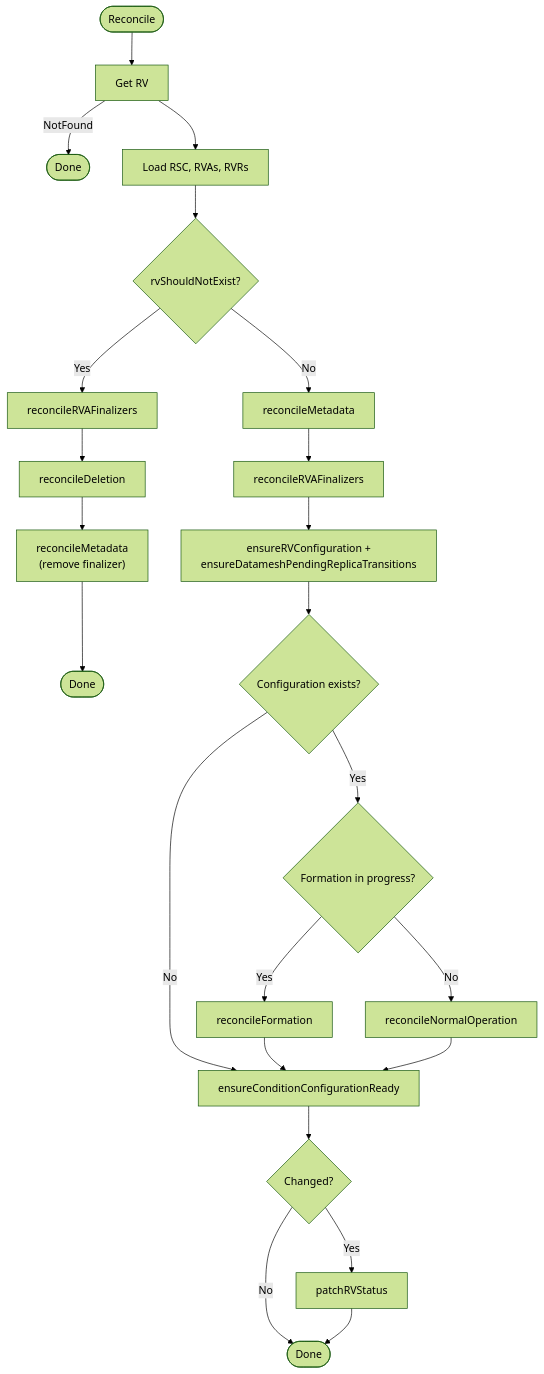
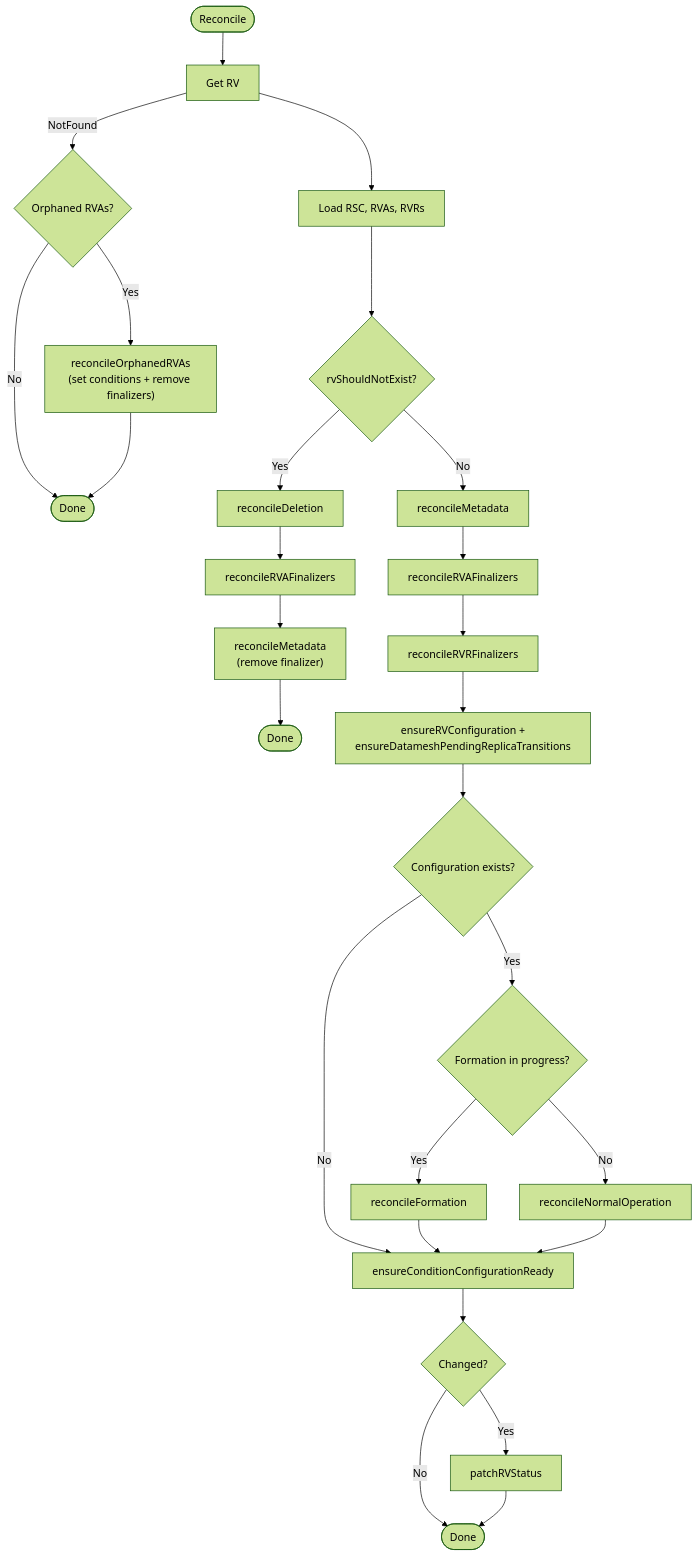
One commit to deckhouse/sds-replicated-volume changed the first of 8 diagrams in images/controller/internal/controllers/rv_controller/README.md. Above: the diagram before and after it, drawn with Mermaid (forest theme). The commit also changed other lines of this file and 3 other files, not shown here.

````diff
--- a/images/controller/internal/controllers/rv_controller/README.md
+++ b/images/controller/internal/controllers/rv_controller/README.md
@@ -101,31 +110,35 @@
 ```mermaid
 flowchart TD
     Start([Reconcile]) --> GetRV[Get RV]
-    GetRV -->|NotFound| Done1([Done])
+    GetRV -->|NotFound| CheckOrphanedRVAs{Orphaned RVAs?}
+    CheckOrphanedRVAs -->|No| Done1([Done])
+    CheckOrphanedRVAs -->|Yes| OrphanedRVAs["reconcileOrphanedRVAs<br/>(set conditions + remove finalizers)"]
+    OrphanedRVAs --> Done1
     GetRV --> LoadDeps[Load RSC, RVAs, RVRs]
 
     LoadDeps --> CheckDelete{rvShouldNotExist?}
-    CheckDelete -->|Yes| RVAFinDel[reconcileRVAFinalizers]
-    RVAFinDel --> Deletion[reconcileDeletion]
-    Deletion --> MetaDel["reconcileMetadata<br/>(remove finalizer)"]
+    CheckDelete -->|Yes| Deletion[reconcileDeletion]
+    Deletion --> RVAFinDel[reconcileRVAFinalizers]
+    RVAFinDel --> MetaDel["reconcileMetadata<br/>(remove finalizer)"]
     MetaDel --> Done3([Done])
 
     CheckDelete -->|No| Meta[reconcileMetadata]
     Meta --> RVAFin[reconcileRVAFinalizers]
-    RVAFin --> EnsureConfig[ensureRVConfiguration +<br/>ensureDatameshPendingReplicaTransitions]
+    RVAFin --> RVRFin[reconcileRVRFinalizers]
+    RVRFin --> EnsureConfig[ensureRVConfiguration +<br/>ensureDatameshPendingReplicaTransitions]
     EnsureConfig --> CheckConfig{Configuration exists?}
     CheckConfig -->|No| Conditions
 
     CheckConfig -->|Yes| CheckForming{Formation in progress?}
     CheckForming -->|Yes| Formation[reconcileFormation]
     CheckForming -->|No| NormalOp[reconcileNormalOperation]
 
     Formation --> Conditions
     NormalOp --> Conditions
 
     Conditions[ensureConditionConfigurationReady]
     Conditions --> PatchDecision{Changed?}
     PatchDecision -->|Yes| Patch[patchRVStatus]
     PatchDecision -->|No| EndNode([Done])
     Patch --> EndNode
 ```
````
